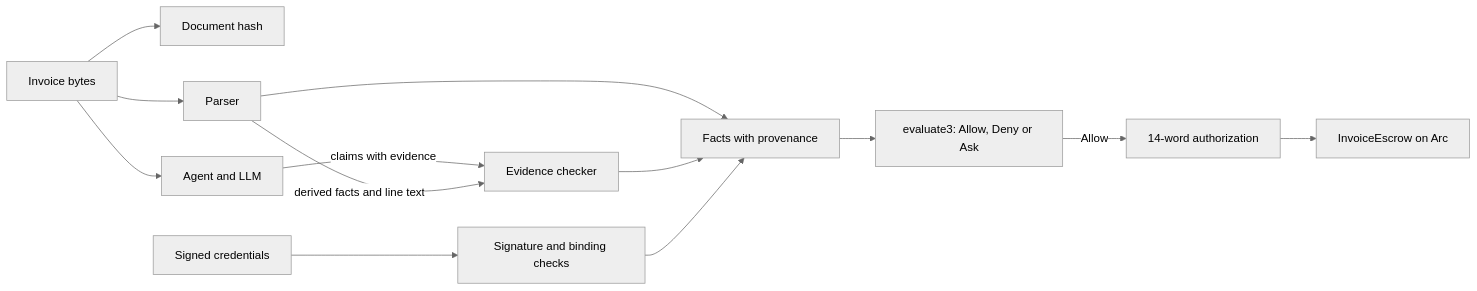
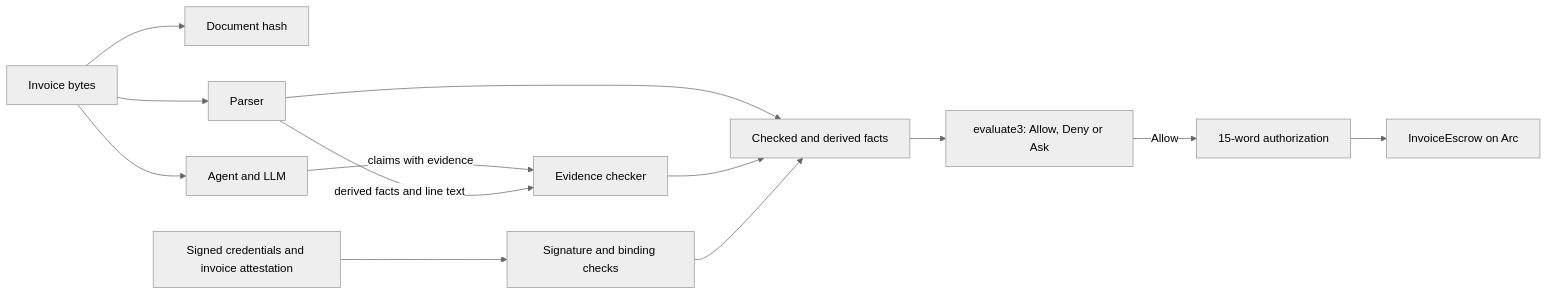
The first of 2 diagrams in whitepaper.md (mnemonik-xyz/warrant), drawn with Mermaid (neutral theme) before and after one commit. The commit also changed other lines of this file and 7 other files, not shown here.

````diff
--- a/whitepaper.md
+++ b/whitepaper.md
@@ -198,15 +218,15 @@
 ```mermaid
 flowchart LR
   D[Invoice bytes] --> H[Document hash]
   D --> P[Parser]
   D --> A[Agent and LLM]
   A -- "claims with evidence" --> C[Evidence checker]
   P -- "derived facts and line text" --> C
-  S[Signed credentials] --> V[Signature and binding checks]
-  P --> F[Facts with provenance]
+  S[Signed credentials and invoice attestation] --> V[Signature and binding checks]
+  P --> F[Checked and derived facts]
   C --> F
   V --> F
   F --> E["evaluate3: Allow, Deny or Ask"]
-  E -- Allow --> J[14-word authorization]
+  E -- Allow --> J[15-word authorization]
   J --> X[InvoiceEscrow on Arc]
 ```
````
